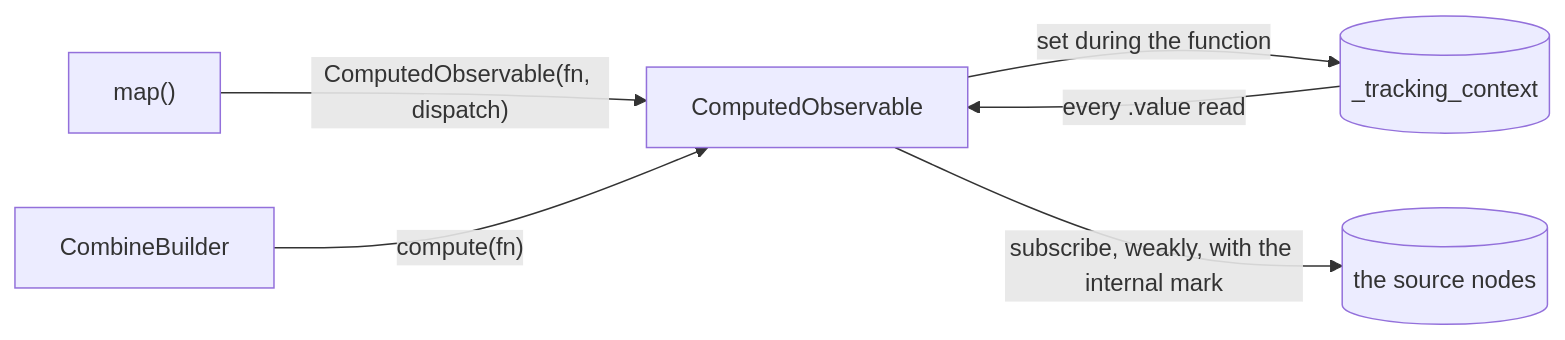
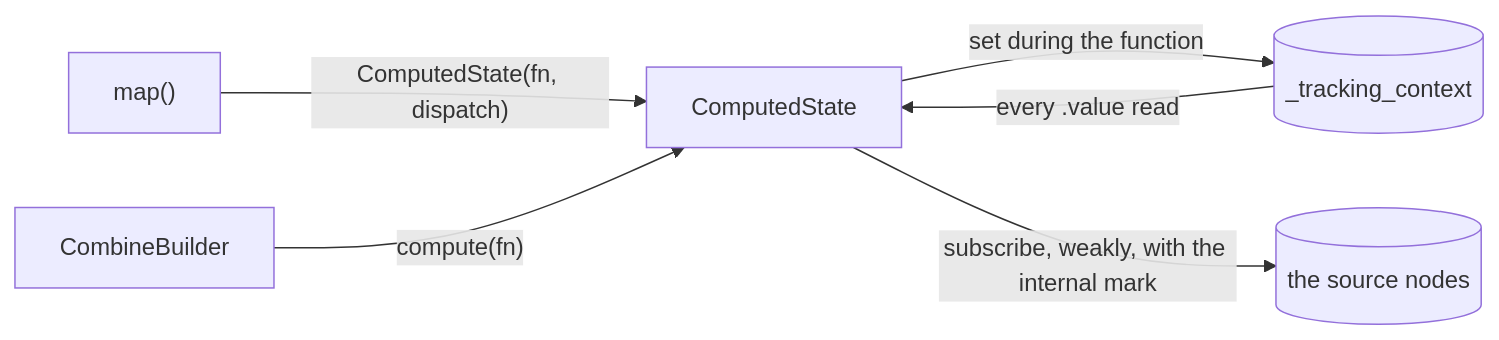
Before and after one commit to yuksblog/nuiitivet: the fourth of 8 diagrams in docs/design/OBSERVABLE.md, drawn with Mermaid. The commit also changed other lines of this file and 77 other files, not shown here.

````diff
--- a/docs/design/OBSERVABLE.md
+++ b/docs/design/OBSERVABLE.md
@@ -144,14 +144,14 @@
 ```mermaid
 flowchart LR
     map["map()"]
     builder[CombineBuilder]
-    computed[ComputedObservable]
+    computed[ComputedState]
     tracking[(_tracking_context)]
     sources[(the source nodes)]
 
-    map -- "ComputedObservable(fn, dispatch)" --> computed
+    map -- "ComputedState(fn, dispatch)" --> computed
     builder -- "compute(fn)" --> computed
     computed -- "set during the function" --> tracking
     tracking -- "every .value read" --> computed
     computed -- "subscribe, weakly, with the internal mark" --> sources
 ```
````
